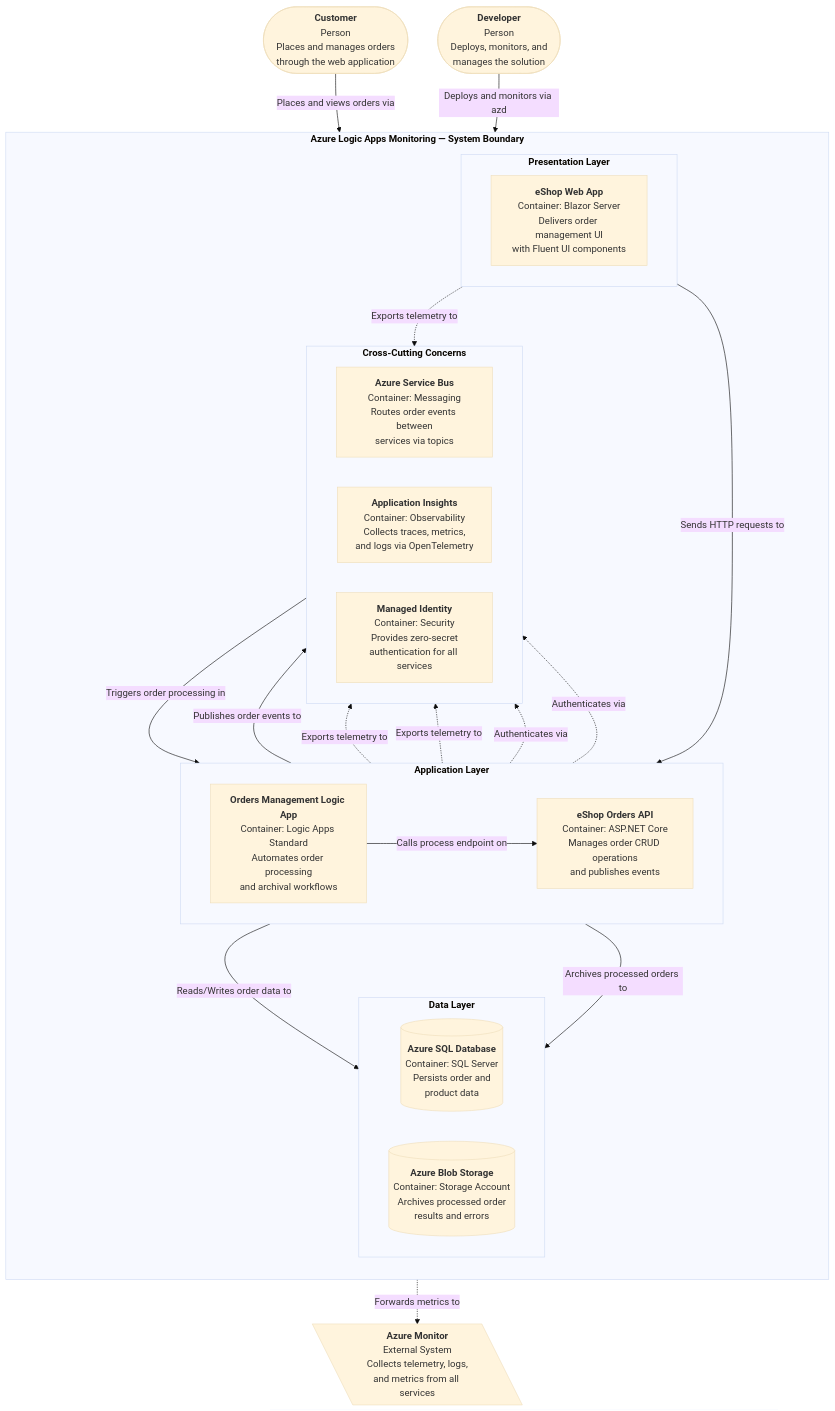
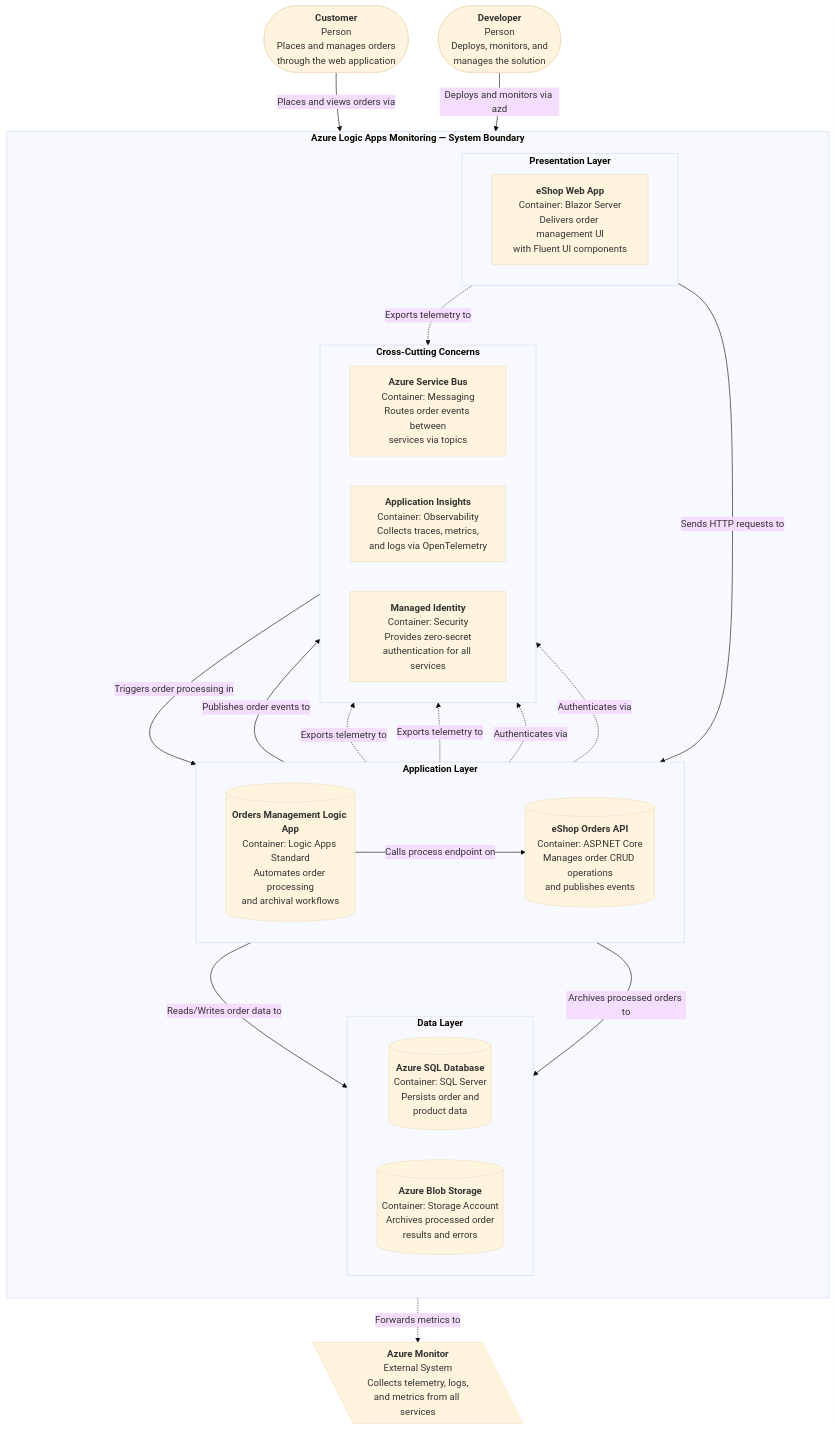
One commit to Evilazaro/Azure-LogicApps-Monitoring changed the diagram in README.md. Above: the diagram before and after it, drawn with Mermaid.

Commit message:
Fix formatting of flowchart elements in README.md for better clarity

```diff
--- a/README.md
+++ b/README.md
@@ -86,8 +86,8 @@
         %% ========================================================
         subgraph Application [<b>Application Layer</b>]
             direction LR
-            OrdersAPI[<b>eShop Orders API</b><br>Container: ASP.NET Core<br>Manages order CRUD operations<br>and publishes events]
-            LogicApp[<b>Orders Management Logic App</b><br>Container: Logic Apps Standard<br>Automates order processing<br>and archival workflows]
+            OrdersAPI[(<b>eShop Orders API</b><br>Container: ASP.NET Core<br>Manages order CRUD operations<br>and publishes events)]
+            LogicApp[(<b>Orders Management Logic App</b><br>Container: Logic Apps Standard<br>Automates order processing<br>and archival workflows)]
         end
 
         %% ========================================================
```
